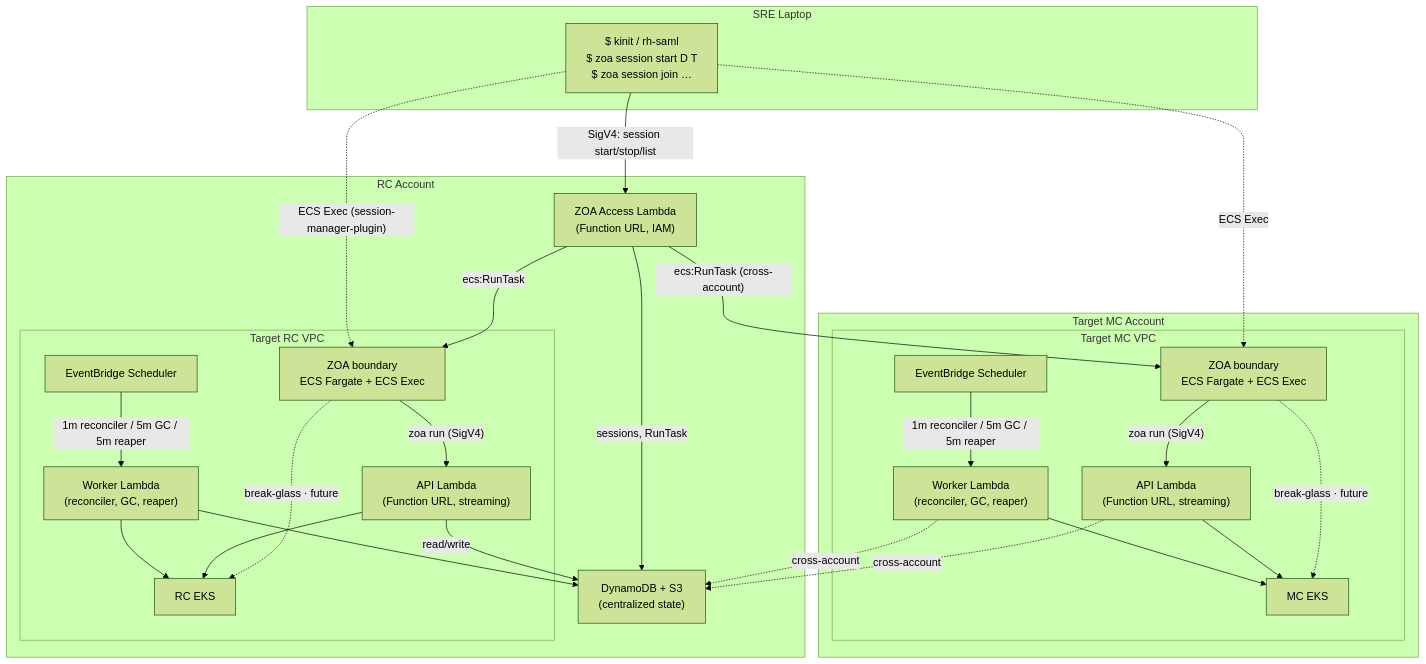
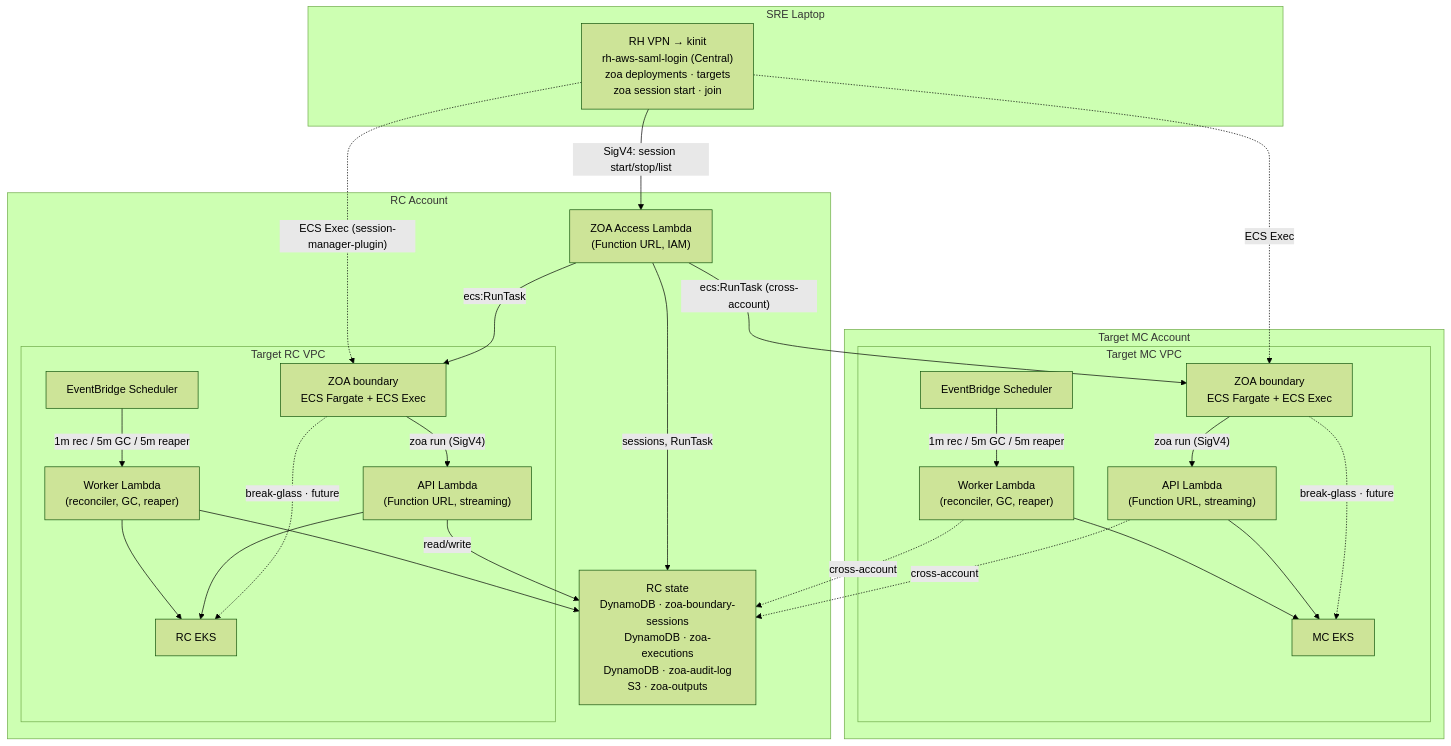
One commit to slopezz/rosa-hyperfleet-zoa changed the diagram in README.md. Above: the diagram before and after it, drawn with Mermaid (forest theme). The commit also changed other lines of this file, not shown here.

Commit message:
ROSAENG-68805 | docs: refresh README architecture diagram
Clarify laptop auth and discovery, RC state (DynamoDB vs S3 tables),
and shorten EventBridge edge labels.

````diff
--- a/README.md
+++ b/README.md
@@ -75,55 +75,55 @@
 ```mermaid
 graph TD
     subgraph laptop["SRE Laptop"]
-        L["$ kinit / rh-saml<br/>$ zoa session start D T<br/>$ zoa session join …"]
+        L["RH VPN → kinit<br/>rh-aws-saml-login (Central)<br/>zoa deployments · targets<br/>zoa session start · join"]
     end
 
     subgraph rc["RC Account"]
         ACCESS["ZOA Access Lambda<br/>(Function URL, IAM)"]
-        DDB["DynamoDB + S3<br/>(centralized state)"]
+        STATE["RC state<br/>DynamoDB · zoa-boundary-sessions<br/>DynamoDB · zoa-executions<br/>DynamoDB · zoa-audit-log<br/>S3 · zoa-outputs"]
         subgraph rc_vpc["Target RC VPC"]
             BOUNDARY_RC["ZOA boundary<br/>ECS Fargate + ECS Exec"]
             EB_RC["EventBridge Scheduler"]
             API_RC["API Lambda<br/>(Function URL, streaming)"]
             WORKER_RC["Worker Lambda<br/>(reconciler, GC, reaper)"]
             EKS_RC["RC EKS"]
         end
     end
 
     subgraph mc["Target MC Account"]
         subgraph mc_vpc["Target MC VPC"]
             BOUNDARY_MC["ZOA boundary<br/>ECS Fargate + ECS Exec"]
             EB_MC["EventBridge Scheduler"]
             API_MC["API Lambda<br/>(Function URL, streaming)"]
             WORKER_MC["Worker Lambda<br/>(reconciler, GC, reaper)"]
             EKS_MC["MC EKS"]
         end
     end
 
     L -->|"SigV4: session start/stop/list"| ACCESS
-    ACCESS -->|"sessions, RunTask"| DDB
+    ACCESS -->|"sessions, RunTask"| STATE
     ACCESS -->|"ecs:RunTask"| BOUNDARY_RC
     ACCESS -->|"ecs:RunTask (cross-account)"| BOUNDARY_MC
 
     L -.->|"ECS Exec (session-manager-plugin)"| BOUNDARY_RC
     L -.->|"ECS Exec"| BOUNDARY_MC
 
     BOUNDARY_RC -->|"zoa run (SigV4)"| API_RC
     BOUNDARY_MC -->|"zoa run (SigV4)"| API_MC
 
     BOUNDARY_RC -.->|"break-glass · future"| EKS_RC
     BOUNDARY_MC -.->|"break-glass · future"| EKS_MC
 
-    EB_RC -->|"1m reconciler / 5m GC / 5m reaper"| WORKER_RC
-    EB_MC -->|"1m reconciler / 5m GC / 5m reaper"| WORKER_MC
+    EB_RC -->|"1m rec / 5m GC / 5m reaper"| WORKER_RC
+    EB_MC -->|"1m rec / 5m GC / 5m reaper"| WORKER_MC
 
     API_RC --> EKS_RC
     WORKER_RC --> EKS_RC
     API_MC --> EKS_MC
     WORKER_MC --> EKS_MC
 
-    API_RC -->|"read/write"| DDB
-    WORKER_RC --> DDB
-    API_MC -.->|"cross-account"| DDB
-    WORKER_MC -.->|"cross-account"| DDB
+    API_RC -->|"read/write"| STATE
+    WORKER_RC --> STATE
+    API_MC -.->|"cross-account"| STATE
+    WORKER_MC -.->|"cross-account"| STATE
 ```
````
